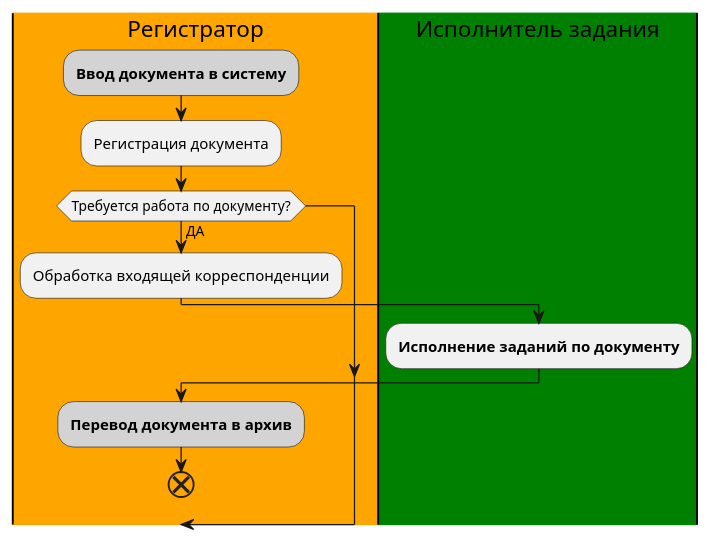
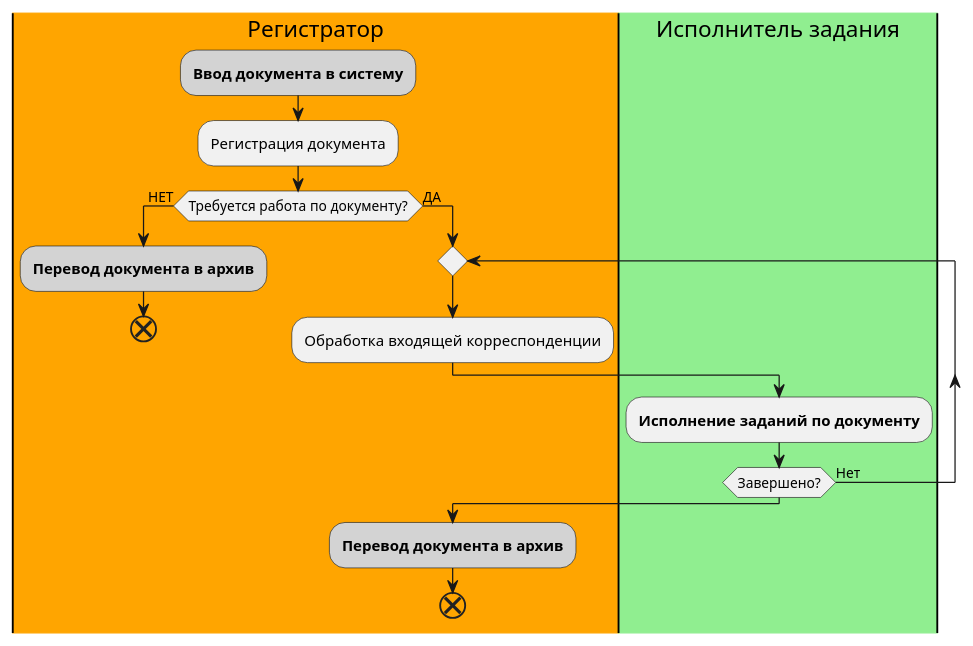
Before and after one commit to Grolribasi/WebC-Antora: the first of 6 diagrams in modules/user/pages/appendix/stagesOfWorkingWithDocuments.adoc, drawn with PlantUML. The commit also changed other lines of this file, not shown here.

```diff
--- a/modules/user/pages/appendix/stagesOfWorkingWithDocuments.adoc
+++ b/modules/user/pages/appendix/stagesOfWorkingWithDocuments.adoc
@@ -6,17 +25,22 @@
-[plantuml, target=diagram-classes, svg]
+[plantuml, svg]
 ....
 @startuml
 skinparam rectangleBorderThickness 1
-
 |#orange|Регистратор|
 #lightgray:**Ввод документа в систему**;
 :Регистрация документа;
-if (Требуется работа по документу?) then (ДА)
+if (Требуется работа по документу?) then (НЕТ)
+|#orange|Регистратор|
+#lightgray:**Перевод документа в архив**;
+end
+else (ДА)
+repeat
 :Обработка входящей корреспонденции;
-|#green|Исполнитель задания|
+|#lightgreen|Исполнитель задания|
 :**Исполнение заданий по документу**;
+repeat while (Завершено?) is (Нет)
 |#orange|Регистратор|
 #lightgray:**Перевод документа в архив**;
 end
 @enduml
 ....
```
